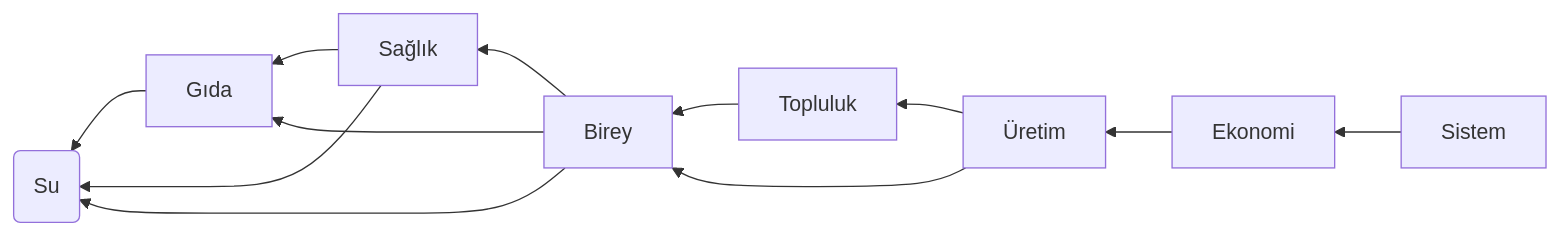
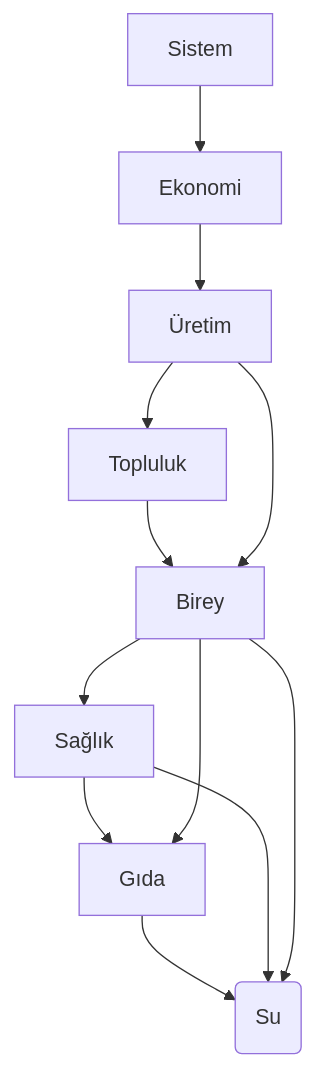
One commit to uruz-utku-un/uruz-analysis-articles changed the diagram in docs/tr/Financial-Fundamentals-and-Concept-of-Value-TR.md. Above: the diagram before and after it, drawn with Mermaid.

Commit message:
Fix mermaid flowchart direction in documentation

````diff
--- a/docs/tr/Financial-Fundamentals-and-Concept-of-Value-TR.md
+++ b/docs/tr/Financial-Fundamentals-and-Concept-of-Value-TR.md
@@ -97,30 +97,30 @@
 ```mermaid
-flowchart RL
+flowchart TD
   WATER(Su)
   FOOD[Gıda]
   HEALTH[Sağlık]
   INDIVIDUAL[Birey]
   COMMUNITY[Topluluk]
   PRODUCTION[Üretim]
   ECONOMY[Ekonomi]
   SYSTEM[Sistem]
 
 
   FOOD --> WATER
 
   HEALTH --> WATER
   HEALTH --> FOOD
 
   INDIVIDUAL --> WATER
   INDIVIDUAL --> FOOD
   INDIVIDUAL --> HEALTH
 
   COMMUNITY --> INDIVIDUAL
 
   PRODUCTION --> INDIVIDUAL
   PRODUCTION --> COMMUNITY
 
   ECONOMY --> PRODUCTION
 
   SYSTEM --> ECONOMY
 ```
````
